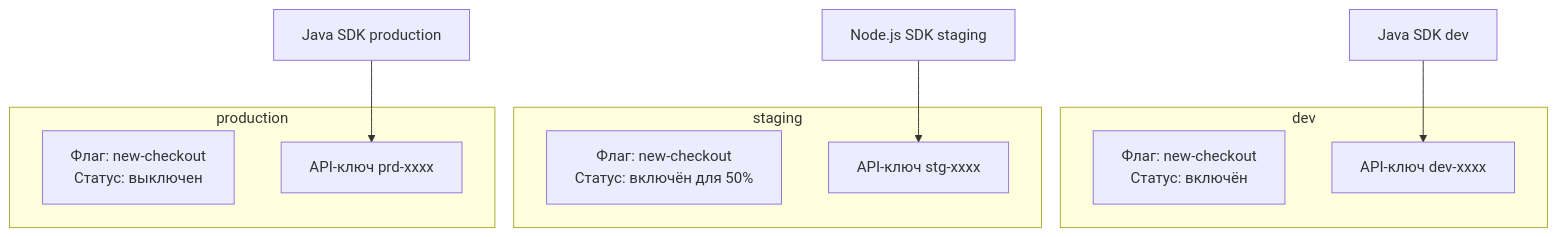
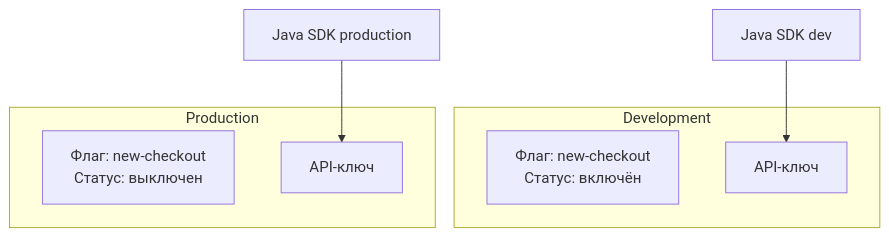
Before and after one commit to edgar-dev20/mozhno: the first of 2 diagrams in docs/concepts/environments.md, drawn with Mermaid. The commit also changed other lines of this file and 33 other files, not shown here.

Commit message:
docs: rewrite getting-started, fix env model, mermaid latin labels, table header brand styling, SDK+arch corrections

````diff
--- a/docs/concepts/environments.md
+++ b/docs/concepts/environments.md
@@ -17,18 +20,13 @@
 ```mermaid
 graph TB
-    subgraph "dev"
+    subgraph "Development"
         F1[Флаг: new-checkout<br/>Статус: включён]
-        K1[API-ключ dev-xxxx]
+        K1[API-ключ]
     end
-    subgraph "staging"
-        F2[Флаг: new-checkout<br/>Статус: включён для 50%]
-        K2[API-ключ stg-xxxx]
-    end
-    subgraph "production"
+    subgraph "Production"
         F3[Флаг: new-checkout<br/>Статус: выключен]
-        K3[API-ключ prd-xxxx]
+        K3[API-ключ]
     end
     SDK1[Java SDK dev] --> K1
-    SDK2[Node.js SDK staging] --> K2
     SDK3[Java SDK production] --> K3
 ```
````
